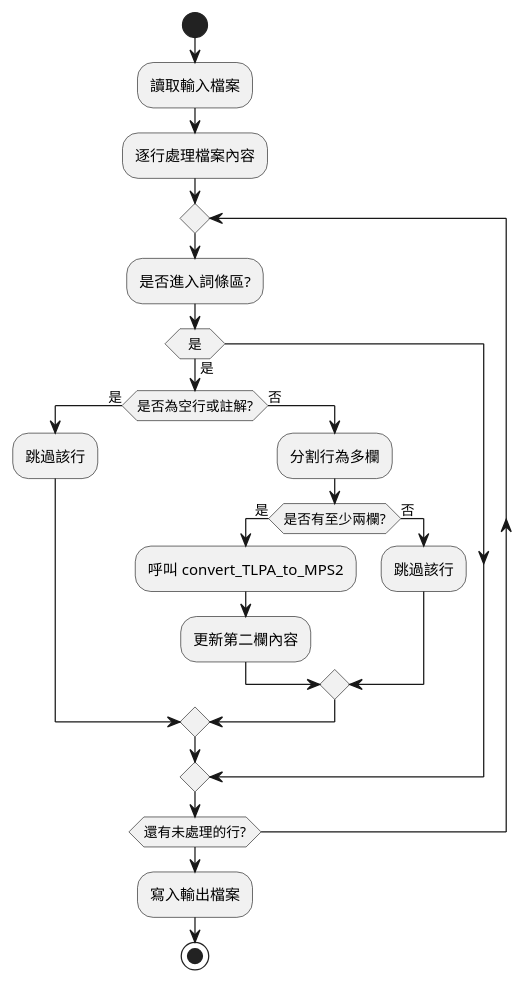
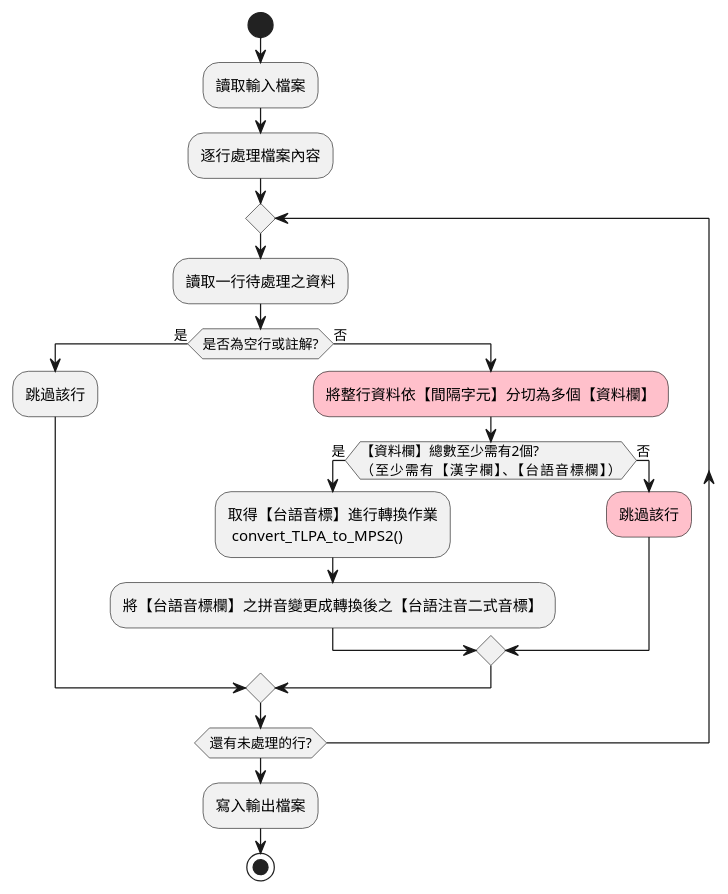
The diagram in Documents/PRG_mod_convert_TLPA_to_MPS2-Main.puml (AlanJui/Piau-Im), drawn with PlantUML before and after one commit. The commit also changed 1 other file, not shown here.

```diff
--- a/Documents/PRG_mod_convert_TLPA_to_MPS2-Main.puml
+++ b/Documents/PRG_mod_convert_TLPA_to_MPS2-Main.puml
@@ -1,23 +1,21 @@
 @startuml
 start
 :讀取輸入檔案;
 :逐行處理檔案內容;
 repeat
-  :是否進入詞條區?;
-  if (是) then (是)
-    if (是否為空行或註解?) then (是)
-      :跳過該行;
+  :讀取一行待處理之資料;
+  if (是否為空行或註解?) then (是)
+    :跳過該行;
+  else (否)
+    #pink:將整行資料依【間隔字元】分切為多個【資料欄】;
+    if (【資料欄】總數至少需有2個?\n（至少需有【漢字欄】、【台語音標欄】）) then (是)
+      :取得【台語音標】進行轉換作業\n convert_TLPA_to_MPS2();
+      :將【台語音標欄】之拼音變更成轉換後之【台語注音二式音標】;
     else (否)
-      :分割行為多欄;
-      if (是否有至少兩欄?) then (是)
-        :呼叫 convert_TLPA_to_MPS2;
-        :更新第二欄內容;
-      else (否)
-        :跳過該行;
-      endif
+      #pink:跳過該行;
     endif
   endif
 repeat while (還有未處理的行?)
 :寫入輸出檔案;
 stop
 @enduml
```
